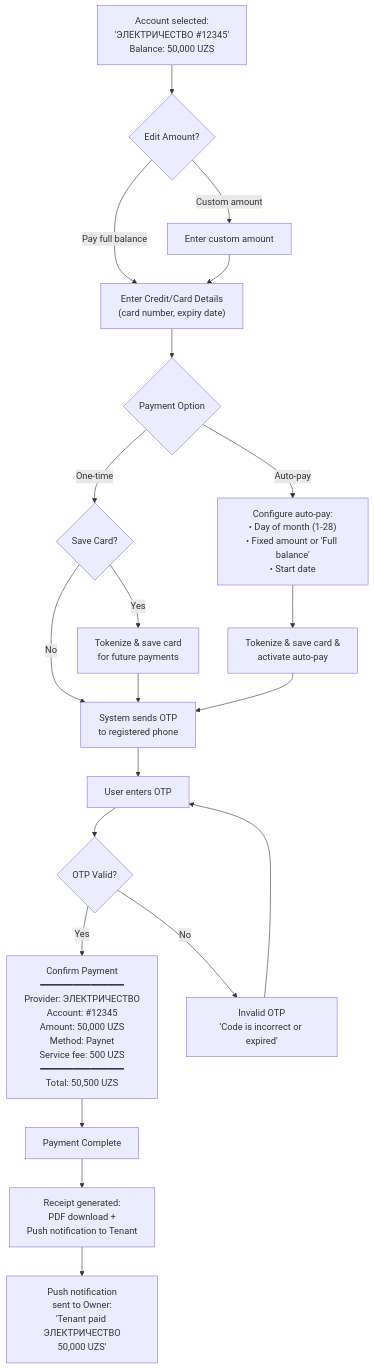
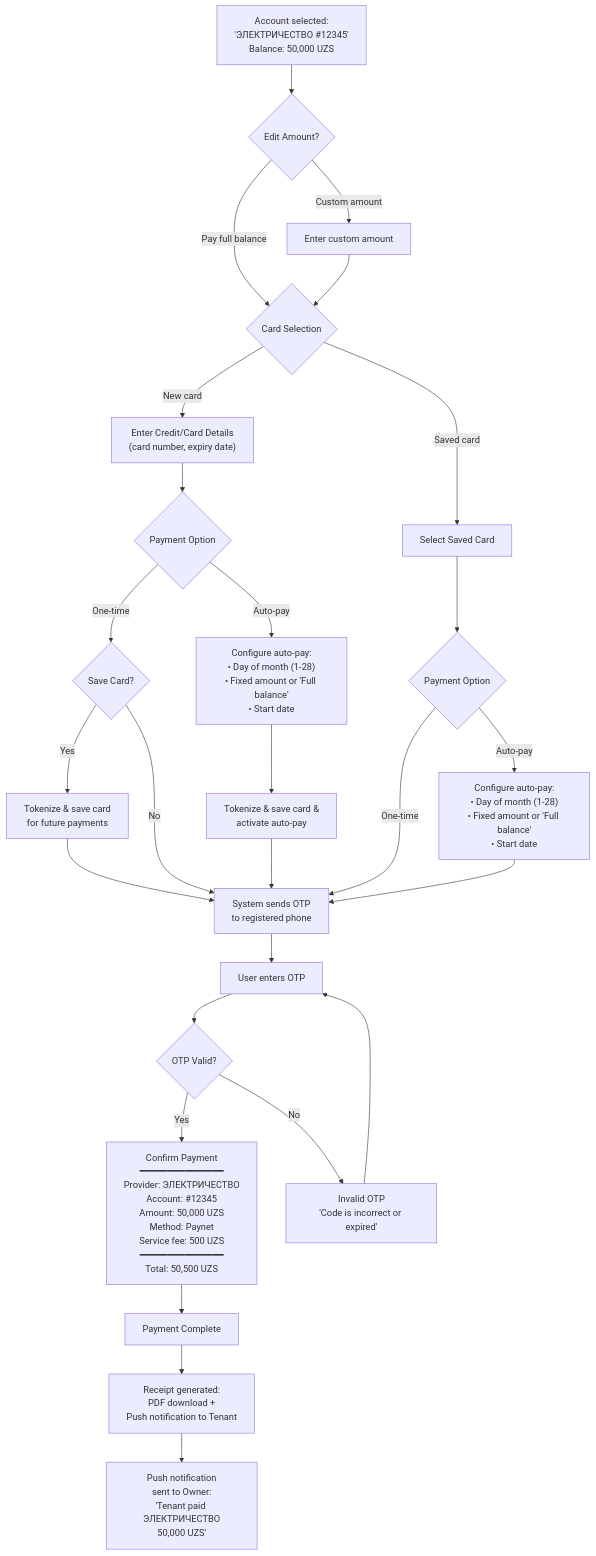
The fifth of 9 diagrams in utilities-payment-userflow.md (saodatm-dev/Utilities---Informational-Architecture), drawn with Mermaid before and after one commit. The commit also changed other lines of this file and 1 other file, not shown here.

Commit message:
refactor: update payment userflows to explicitly differentiate between new and saved card payment options.

````diff
--- a/utilities-payment-userflow.md
+++ b/utilities-payment-userflow.md
@@ -152,32 +155,35 @@
 ```mermaid
 flowchart TD
     ACC["Account selected:<br/>'ЭЛЕКТРИЧЕСТВО #12345'<br/>Balance: 50,000 UZS"] --> EDIT_AMT{"Edit Amount?"}
-    EDIT_AMT -->|"Pay full balance"| CARD_DETAILS["Enter Credit/Card Details<br/>(card number, expiry date)"]
-    EDIT_AMT -->|"Custom amount"| CUSTOM_AMT["Enter custom amount"] --> CARD_DETAILS
+    EDIT_AMT -->|"Pay full balance"| CARD_CHOICE{"Card Selection"}
+    EDIT_AMT -->|"Custom amount"| CUSTOM_AMT["Enter custom amount"] --> CARD_CHOICE
 
-    CARD_DETAILS --> PAY_OPTS{"Payment Option"}
+    CARD_CHOICE -->|"New card"| NEW_CARD["Enter Credit/Card Details<br/>(card number, expiry date)"]
+    CARD_CHOICE -->|"Saved card"| SAVED_CARD["Select Saved Card"]
 
-    PAY_OPTS -->|"One-time"| SAVE_CARD{"Save Card?"}
-    SAVE_CARD -->|"Yes"| TOKENIZE["Tokenize & save card<br/>for future payments"]
+    NEW_CARD --> PAY_OPTS_NEW{"Payment Option"}
+    PAY_OPTS_NEW -->|"One-time"| SAVE_CARD{"Save Card?"}
+    SAVE_CARD -->|"Yes"| TOKENIZE["Tokenize & save card<br/>for future payments"] --> SEND_OTP
     SAVE_CARD -->|"No"| SEND_OTP
-    TOKENIZE --> SEND_OTP
+    PAY_OPTS_NEW -->|"Auto-pay"| SCHED["Configure auto-pay:<br/>• Day of month (1-28)<br/>• Fixed amount or 'Full balance'<br/>• Start date"]
+    SCHED --> AUTO_SAVE["Tokenize & save card &<br/>activate auto-pay"] --> SEND_OTP
 
-    PAY_OPTS -->|"Auto-pay"| SCHED["Configure auto-pay:<br/>• Day of month (1-28)<br/>• Fixed amount or 'Full balance'<br/>• Start date"]
-    SCHED --> AUTO_SAVE["Tokenize & save card &<br/>activate auto-pay"]
-    AUTO_SAVE --> SEND_OTP
+    SAVED_CARD --> PAY_OPTS_SAVED{"Payment Option"}
+    PAY_OPTS_SAVED -->|"One-time"| SEND_OTP
+    PAY_OPTS_SAVED -->|"Auto-pay"| SCHED_SAVED["Configure auto-pay:<br/>• Day of month (1-28)<br/>• Fixed amount or 'Full balance'<br/>• Start date"] --> SEND_OTP
 
     SEND_OTP["System sends OTP<br/>to registered phone"]
     SEND_OTP --> ENTER_OTP["User enters OTP"]
     ENTER_OTP --> OTP_CHECK{"OTP Valid?"}
 
     OTP_CHECK -->|"Yes"| CONFIRM
     OTP_CHECK -->|"No"| OTP_ERROR["Invalid OTP<br/>'Code is incorrect or expired'"]
     OTP_ERROR --> ENTER_OTP
 
     CONFIRM["Confirm Payment<br/>━━━━━━━━━━━━━━━<br/>Provider: ЭЛЕКТРИЧЕСТВО<br/>Account: #12345<br/>Amount: 50,000 UZS<br/>Method: Paynet<br/>Service fee: 500 UZS<br/>━━━━━━━━━━━━━━━<br/>Total: 50,500 UZS"]
 
     CONFIRM --> DONE["Payment Complete"]
     DONE --> RECEIPT["Receipt generated:<br/>PDF download +<br/>Push notification to Tenant"]
     RECEIPT --> NOTIFY_OWNER["Push notification<br/>sent to Owner:<br/>'Tenant paid ЭЛЕКТРИЧЕСТВО<br/>50,000 UZS'"]
 
 ```
````
